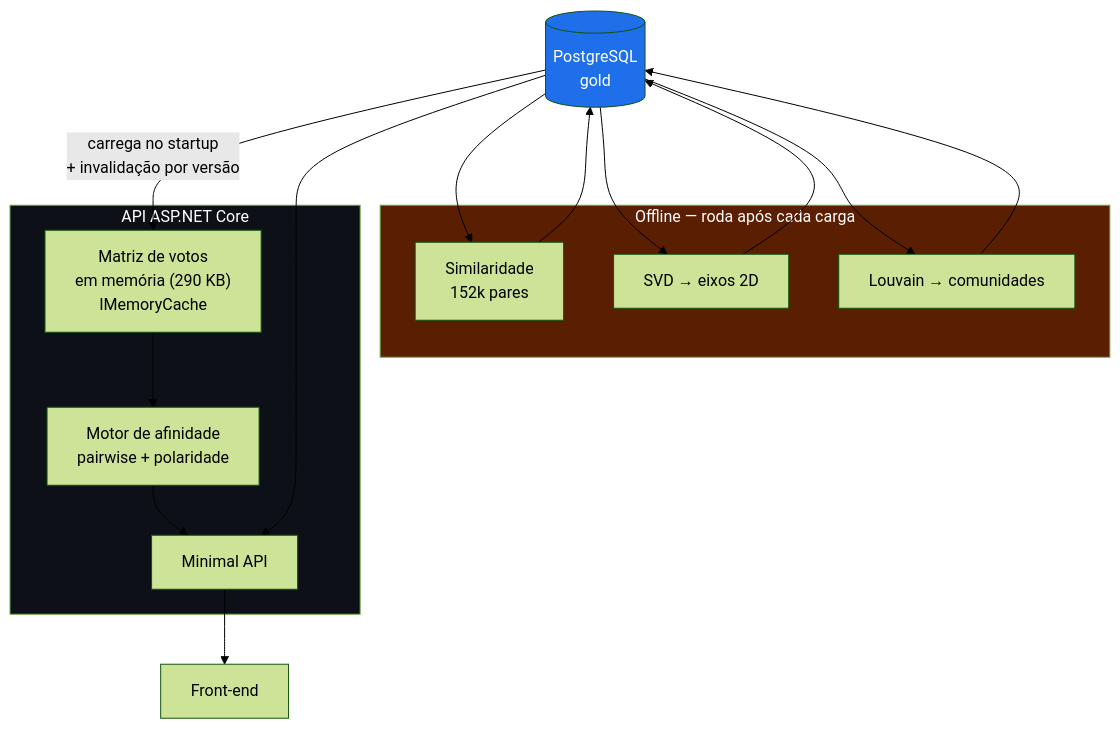
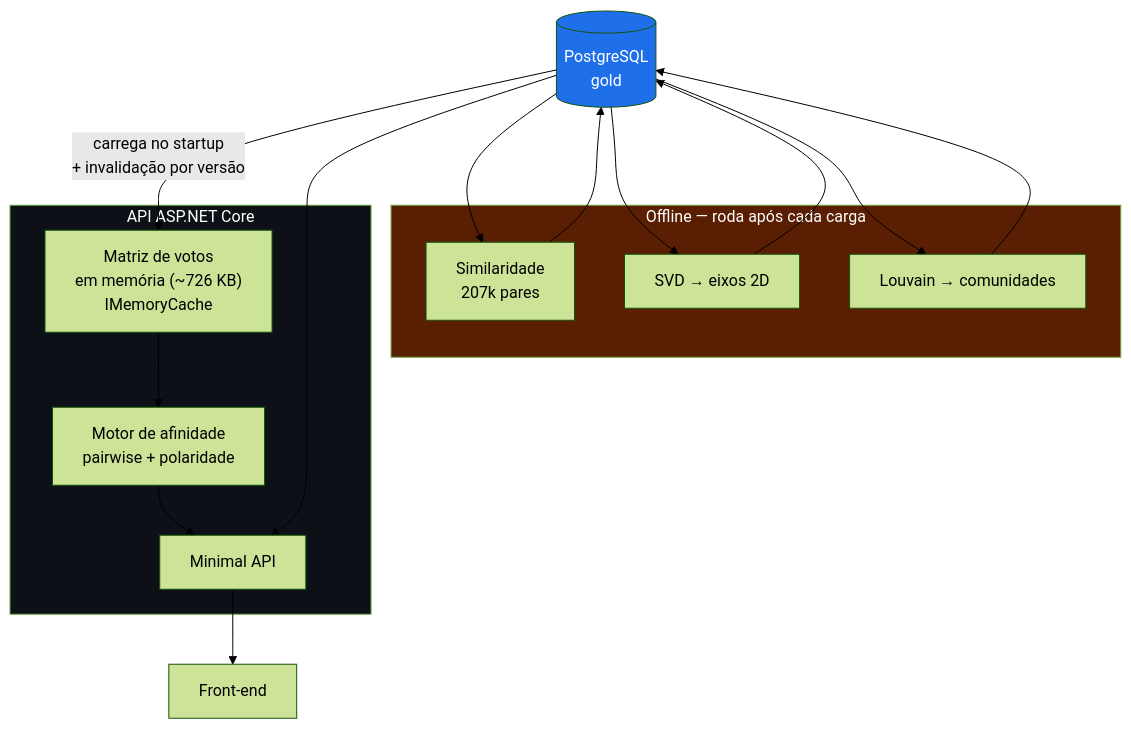
Before and after one commit to IgorLucasAssuncao/poligraph: the first of 2 diagrams in docs/arq/10-api-e-afinidade.md, drawn with Mermaid (forest theme). The commit also changed other lines of this file and 3 other files, not shown here.

````diff
--- a/docs/arq/10-api-e-afinidade.md
+++ b/docs/arq/10-api-e-afinidade.md
@@ -38,29 +43,29 @@
 ```mermaid
 flowchart TD
     PG[("PostgreSQL<br/>gold")]
 
     subgraph BATCH["Offline — roda após cada carga"]
-        J1["Similaridade<br/>152k pares"]
+        J1["Similaridade<br/>207k pares"]
         J2["SVD → eixos 2D"]
         J3["Louvain → comunidades"]
     end
 
     subgraph ONLINE["API ASP.NET Core"]
-        CACHE["Matriz de votos<br/>em memória (290 KB)<br/>IMemoryCache"]
+        CACHE["Matriz de votos<br/>em memória (~726 KB)<br/>IMemoryCache"]
         AFF["Motor de afinidade<br/>pairwise + polaridade"]
         EP["Minimal API"]
         CACHE --> AFF --> EP
     end
 
     PG --> J1 --> PG
     PG --> J2 --> PG
     PG --> J3 --> PG
     PG -->|"carrega no startup<br/>+ invalidação por versão"| CACHE
     PG --> EP
 
     EP --> WEB["Front-end"]
 
     style BATCH fill:#5a1e02,color:#fff
     style ONLINE fill:#0d1117,color:#fff
     style PG fill:#1f6feb,color:#fff
 ```
````
